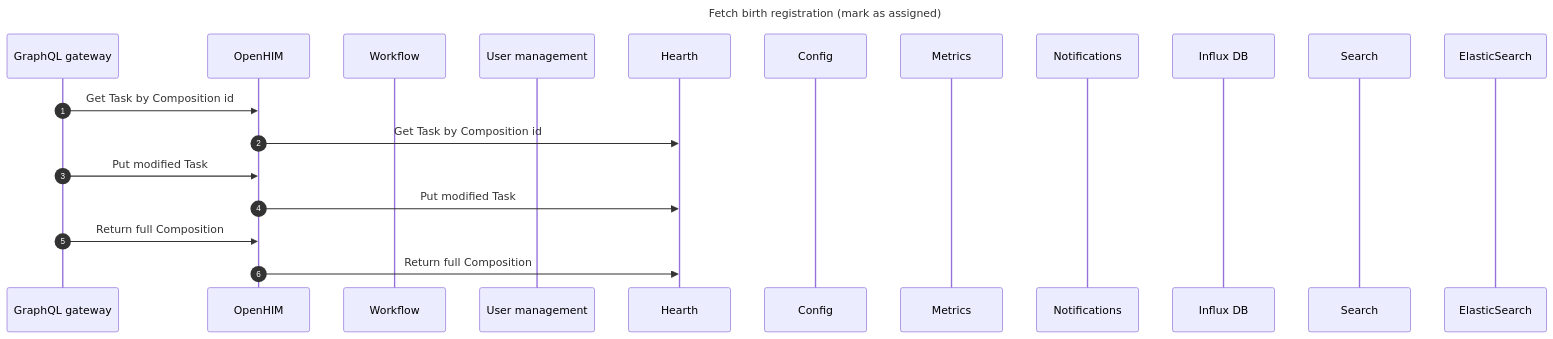
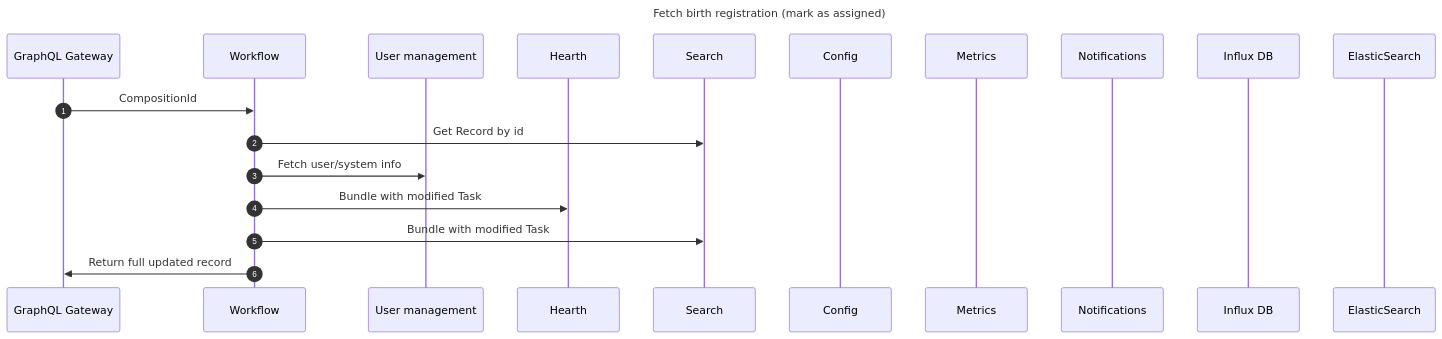
Before and after one commit to opencrvs/opencrvs-core: the diagram in sequence-diagrams/backend/mark-birth-as-assigned.md, drawn with Mermaid. The commit also changed 1 other file, not shown here.

Commit message:
Update download and reject endpoints sequence diagrams

````diff
--- a/sequence-diagrams/backend/mark-birth-as-assigned.md
+++ b/sequence-diagrams/backend/mark-birth-as-assigned.md
@@ -3,30 +3,29 @@
 ```mermaid
 ---
 title: Fetch birth registration (mark as assigned)
 ---
 
 sequenceDiagram
     autonumber
-    participant GraphQL gateway
-    participant OpenHIM
+    participant GraphQL Gateway
     participant Workflow
     participant User management
     participant Hearth
+    participant Search
     participant Config
     participant Metrics
     participant Notifications
     participant Influx DB
-    participant Search
     participant ElasticSearch
 
     % markRecordAsDownloadedOrAssigned
       % getTaskEntry
-    GraphQL gateway->>OpenHIM: Get Task by Composition id
-    OpenHIM->>Hearth: Get Task by Composition id
+    GraphQL Gateway->>Workflow: CompositionId
+    Workflow->>Search: Get Record by id
 
-    GraphQL gateway->>OpenHIM: Put modified Task
-    OpenHIM->>Hearth: Put modified Task
+    Workflow->>User management: Fetch user/system info
+    Workflow->>Hearth: Bundle with modified Task
+    Workflow->>Search: Bundle with modified Task
 
-    GraphQL gateway->>OpenHIM: Return full Composition
-    OpenHIM->>Hearth: Return full Composition
+    Workflow->>GraphQL Gateway: Return full updated record
 ```
````
